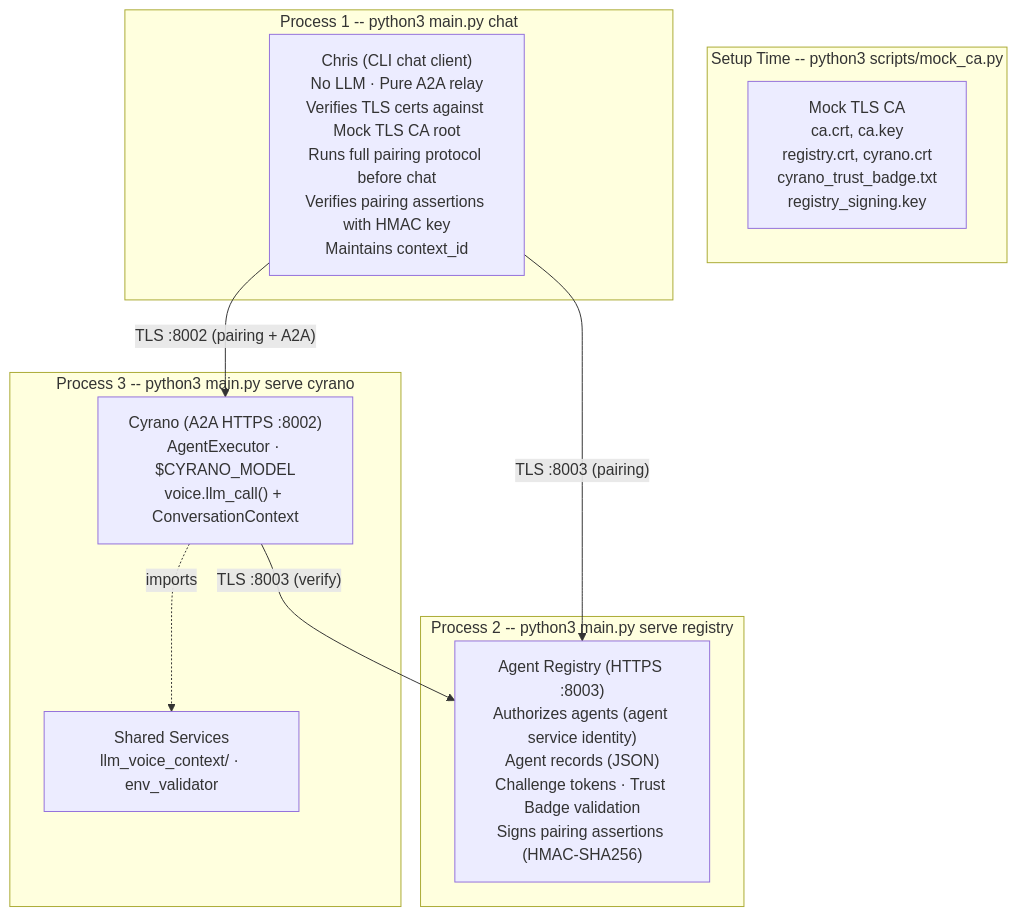
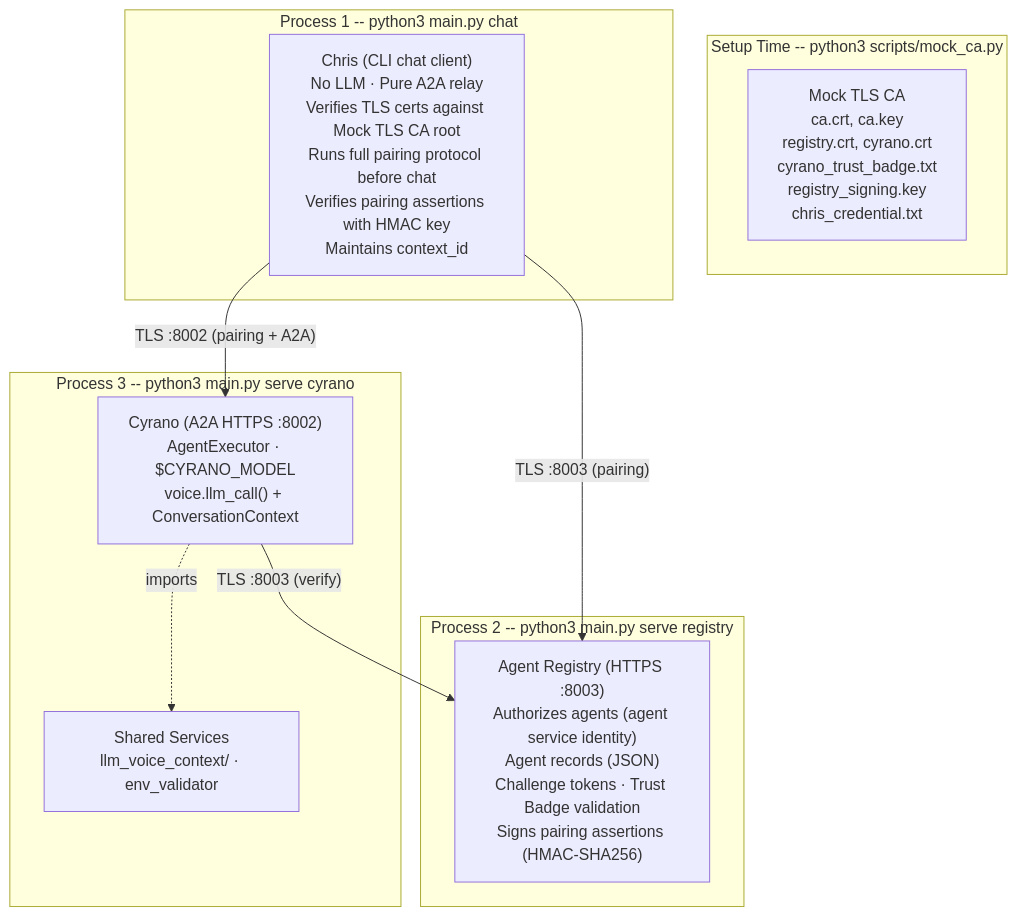
The first of 6 diagrams in Architecture/system-architecture-mermaid.md (OpenBeavs/Cyrano-de-Bergerac-A2A-Secure), drawn with Mermaid before and after one commit. The commit also changed other lines of this file and 29 other files, not shown here.

````diff
--- a/Architecture/system-architecture-mermaid.md
+++ b/Architecture/system-architecture-mermaid.md
@@ -10,24 +10,24 @@
 ```mermaid
 graph TD
     subgraph Setup["Setup Time -- python3 scripts/mock_ca.py"]
-        MockCA["Mock TLS CA<br/>ca.crt, ca.key<br/>registry.crt, cyrano.crt<br/>cyrano_trust_badge.txt<br/>registry_signing.key"]
+        MockCA["Mock TLS CA<br/>ca.crt, ca.key<br/>registry.crt, cyrano.crt<br/>cyrano_trust_badge.txt<br/>registry_signing.key<br/>chris_credential.txt"]
     end
 
     subgraph P1["Process 1 -- python3 main.py chat"]
         Chris["Chris (CLI chat client)<br/>No LLM · Pure A2A relay<br/>Verifies TLS certs against Mock TLS CA root<br/>Runs full pairing protocol before chat<br/>Verifies pairing assertions with HMAC key<br/>Maintains context_id"]
     end
 
     subgraph P2["Process 2 -- python3 main.py serve registry"]
         Registry["Agent Registry (HTTPS :8003)<br/>Authorizes agents (agent service identity)<br/>Agent records (JSON)<br/>Challenge tokens · Trust Badge validation<br/>Signs pairing assertions (HMAC-SHA256)"]
     end
 
     subgraph P3["Process 3 -- python3 main.py serve cyrano"]
         Cyrano["Cyrano (A2A HTTPS :8002)<br/>AgentExecutor · $CYRANO_MODEL<br/>voice.llm_call() + ConversationContext"]
         Services["Shared Services<br/>llm_voice_context/ · env_validator"]
     end
 
     Chris -->|"TLS :8003 (pairing)"| Registry
     Chris -->|"TLS :8002 (pairing + A2A)"| Cyrano
     Cyrano -->|"TLS :8003 (verify)"| Registry
     Cyrano -.->|imports| Services
 ```
````
